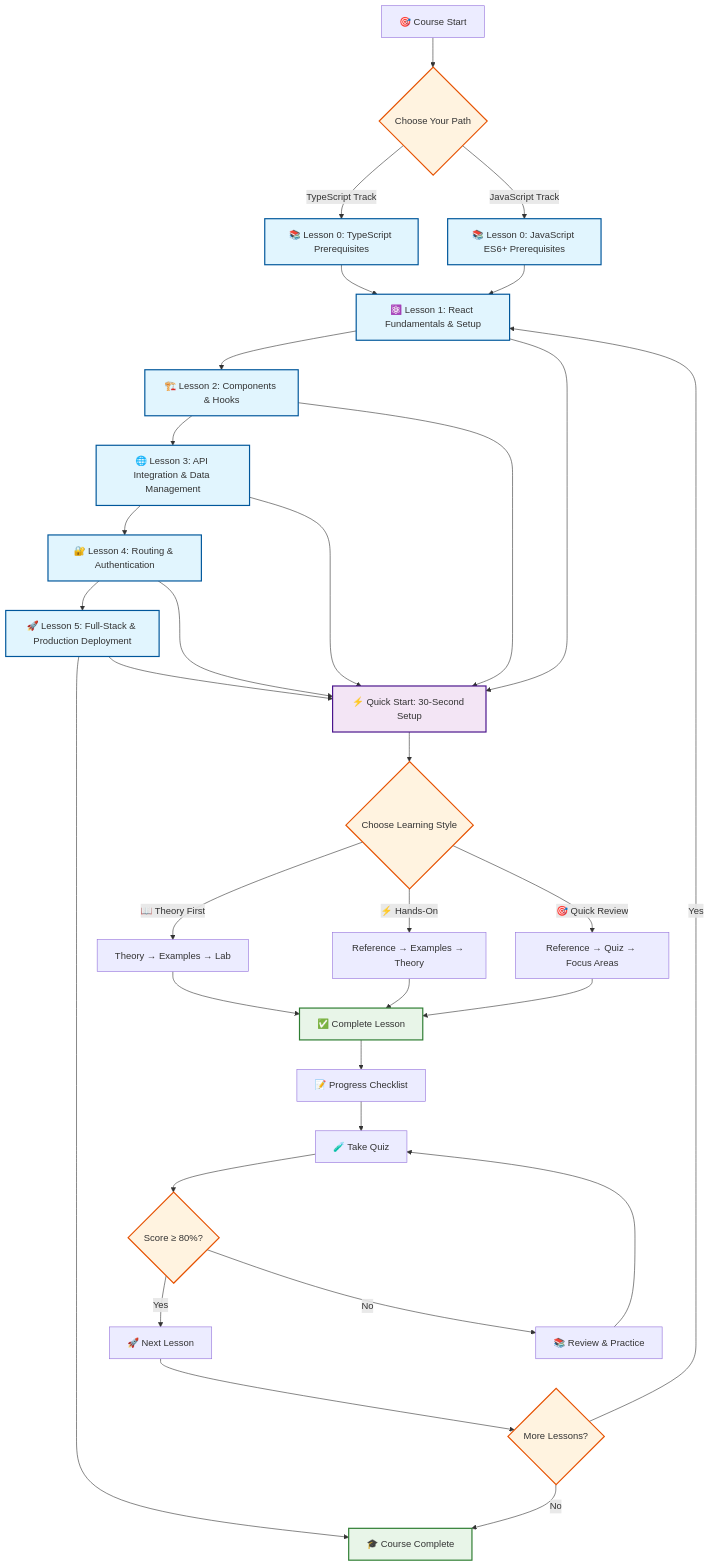
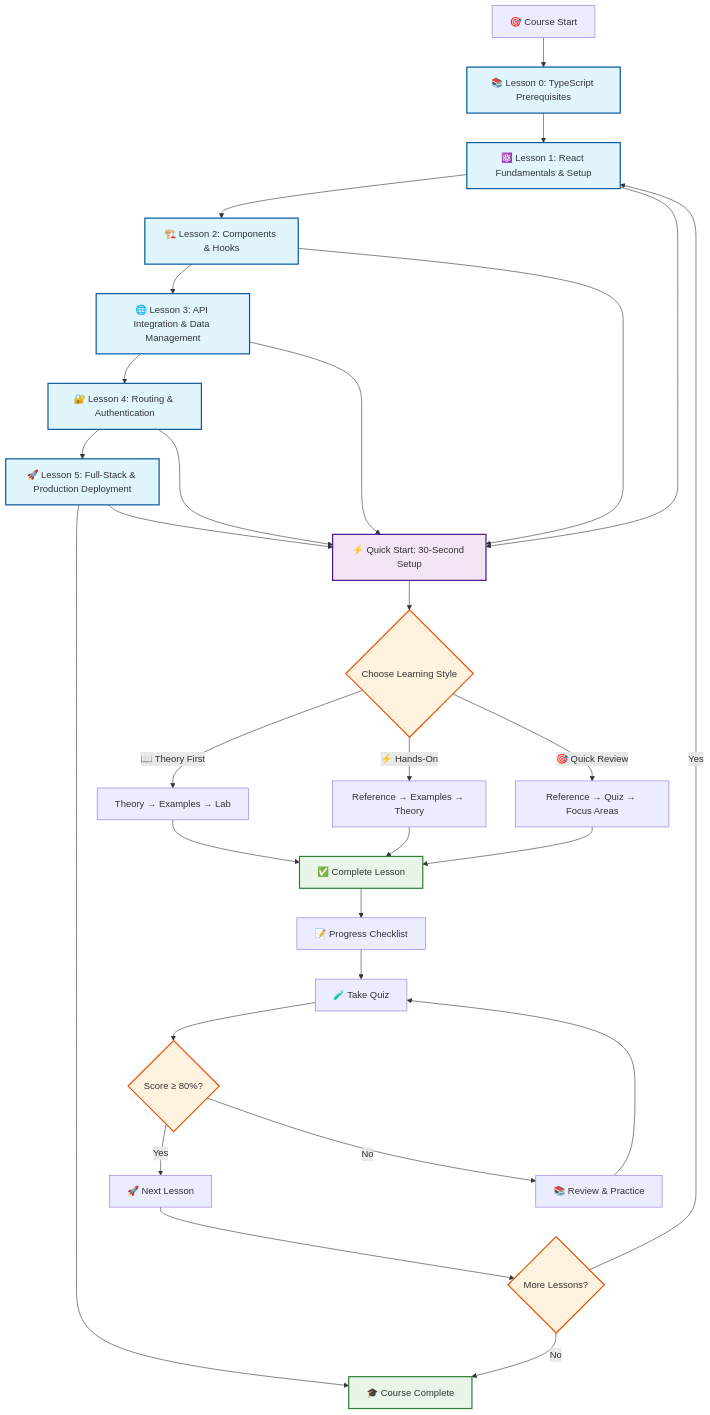
Before and after one commit to longndt/react-course: the first of 6 diagrams in diagrams/course_structure_diagram.md, drawn with Mermaid. The commit also changed other lines of this file and 32 other files, not shown here.

````diff
--- a/diagrams/course_structure_diagram.md
+++ b/diagrams/course_structure_diagram.md
@@ -5,56 +5,52 @@
 ```mermaid
 graph TD
-    A[🎯 Course Start] --> B{Choose Your Path}
+    A[🎯 Course Start] --> B[📚 Lesson 0: TypeScript Prerequisites]
 
-    B -->|TypeScript Track| C[📚 Lesson 0: TypeScript Prerequisites]
-    B -->|JavaScript Track| D[📚 Lesson 0: JavaScript ES6+ Prerequisites]
+    B --> C[⚛️ Lesson 1: React Fundamentals & Setup]
 
-    C --> E[⚛️ Lesson 1: React Fundamentals & Setup]
-    D --> E
+    C --> D[🏗️ Lesson 2: Components & Hooks]
+    D --> E[🌐 Lesson 3: API Integration & Data Management]
+    E --> F[🔐 Lesson 4: Routing & Authentication]
+    F --> G[🚀 Lesson 5: Full-Stack & Production Deployment]
 
-    E --> F[🏗️ Lesson 2: Components & Hooks]
-    F --> G[🌐 Lesson 3: API Integration & Data Management]
-    G --> H[🔐 Lesson 4: Routing & Authentication]
-    H --> I[🚀 Lesson 5: Full-Stack & Production Deployment]
-
-    I --> J[🎓 Course Complete]
+    G --> H[🎓 Course Complete]
 
     %% Quick Start Paths
-    E --> K[⚡ Quick Start: 30-Second Setup]
-    F --> K
-    G --> K
-    H --> K
-    I --> K
+    C --> I[⚡ Quick Start: 30-Second Setup]
+    D --> I
+    E --> I
+    F --> I
+    G --> I
 
     %% Learning Styles
-    K --> L{Choose Learning Style}
-    L -->|📖 Theory First| M[Theory → Examples → Lab]
-    L -->|⚡ Hands-On| N[Reference → Examples → Theory]
-    L -->|🎯 Quick Review| O[Reference → Quiz → Focus Areas]
+    I --> J{Choose Learning Style}
+    J -->|📖 Theory First| K[Theory → Examples → Lab]
+    J -->|⚡ Hands-On| L[Reference → Examples → Theory]
+    J -->|🎯 Quick Review| M[Reference → Quiz → Focus Areas]
 
-    M --> P[✅ Complete Lesson]
-    N --> P
-    O --> P
+    K --> N[✅ Complete Lesson]
+    L --> N
+    M --> N
 
-    P --> Q[📝 Progress Checklist]
-    Q --> R[🧪 Take Quiz]
-    R --> S{Score ≥ 80%?}
-    S -->|Yes| T[🚀 Next Lesson]
-    S -->|No| U[📚 Review & Practice]
-    U --> R
+    N --> O[📝 Progress Checklist]
+    O --> P[🧪 Take Quiz]
+    P --> Q{Score ≥ 80%?}
+    Q -->|Yes| R[🚀 Next Lesson]
+    Q -->|No| S[📚 Review & Practice]
+    S --> P
 
-    T --> V{More Lessons?}
-    V -->|Yes| E
-    V -->|No| J
+    R --> T{More Lessons?}
+    T -->|Yes| C
+    T -->|No| H
 
     %% Styling
     classDef lesson fill:#e1f5fe,stroke:#01579b,stroke-width:2px
     classDef quickstart fill:#f3e5f5,stroke:#4a148c,stroke-width:2px
     classDef decision fill:#fff3e0,stroke:#e65100,stroke-width:2px
     classDef complete fill:#e8f5e8,stroke:#2e7d32,stroke-width:2px
 
-    class C,D,E,F,G,H,I lesson
-    class K quickstart
-    class B,L,S,V decision
-    class J,P complete
+    class B,C,D,E,F,G lesson
+    class I quickstart
+    class J,Q,T decision
+    class H,N complete
 ```
````
